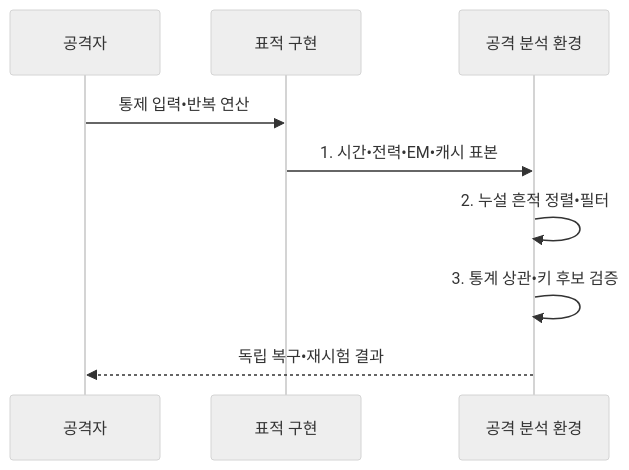
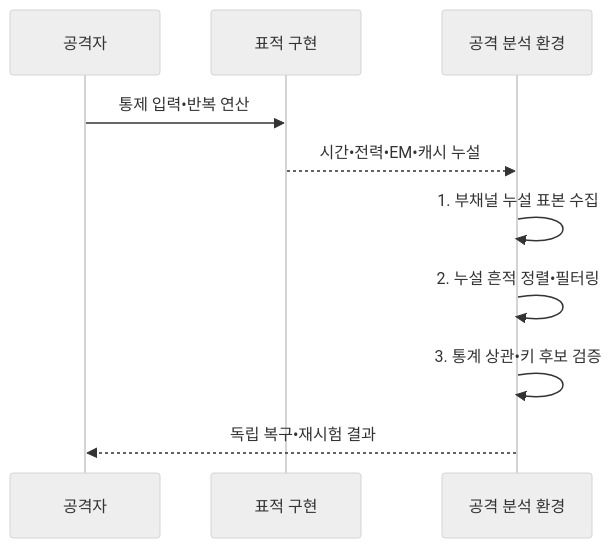
One commit to agnusdei1207/knowledge-base changed the second of 2 diagrams in src/content/docs/notes/05-security/130_side_channel_attack.md. Above: the diagram before and after it, drawn with Mermaid (neutral theme). The commit also changed other lines of this file and 19 other files, not shown here.

````diff
--- a/src/content/docs/notes/05-security/130_side_channel_attack.md
+++ b/src/content/docs/notes/05-security/130_side_channel_attack.md
@@ -101,11 +101,12 @@
 ```mermaid
 sequenceDiagram
   participant A as 공격자
   participant T as 표적 구현
   participant L as 공격 분석 환경
   A->>T: 통제 입력•반복 연산
-  T->>L: 1. 시간•전력•EM•캐시 표본
-  L->>L: 2. 누설 흔적 정렬•필터
+  T-->>L: 시간•전력•EM•캐시 누설
+  L->>L: 1. 부채널 누설 표본 수집
+  L->>L: 2. 누설 흔적 정렬•필터링
   L->>L: 3. 통계 상관•키 후보 검증
   L-->>A: 독립 복구•재시험 결과
 ```
````
